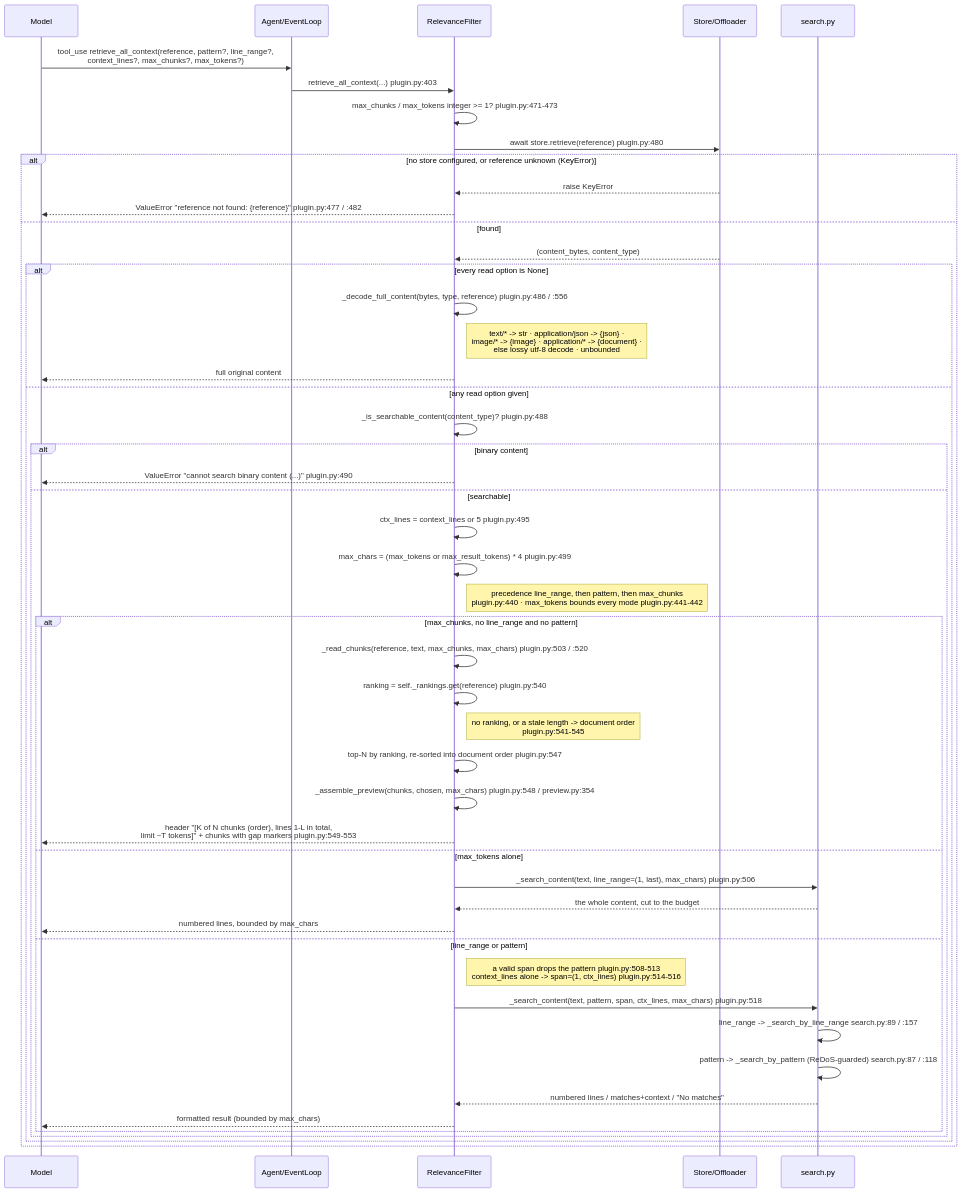
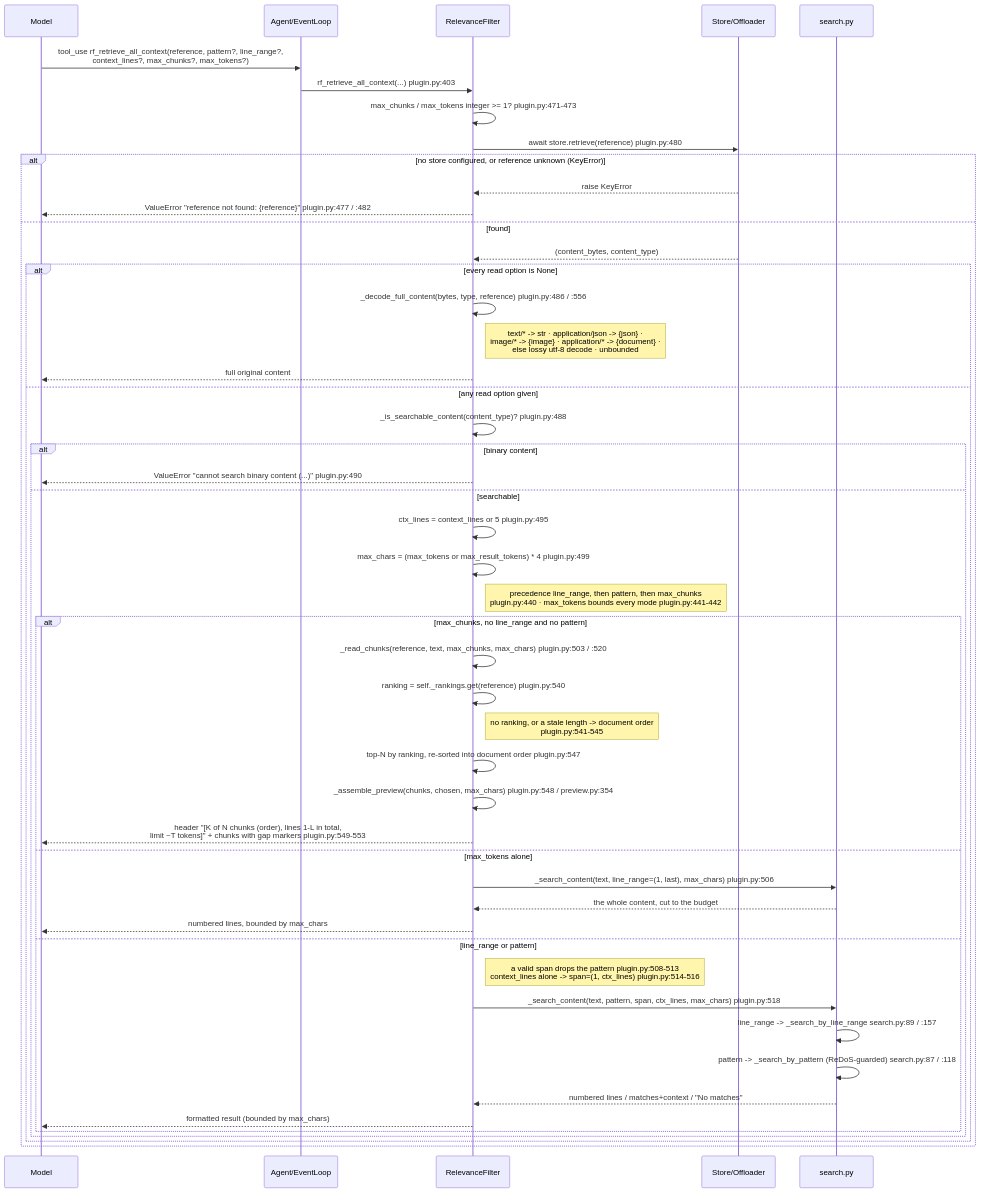
One commit to aws-samples/sample-context-engineering changed the third of 4 diagrams in docs/design/sequence/sequence-a-relevance-filtering.md. Above: the diagram before and after it, drawn with Mermaid. The commit also changed other lines of this file and 124 other files, not shown here.

First line of the commit message:
feat(plugins): prefix every model-facing tool with its plugin's initials

````diff
--- a/docs/design/sequence/sequence-a-relevance-filtering.md
+++ b/docs/design/sequence/sequence-a-relevance-filtering.md
@@ -197,53 +197,53 @@
 ```mermaid
 sequenceDiagram
     participant Model
     participant Agent as Agent/EventLoop
     participant RF as RelevanceFilter
     participant Store as Store/Offloader
     participant Search as search.py
 
-    Model->>Agent: tool_use retrieve_all_context(reference, pattern?, line_range?,<br/>context_lines?, max_chunks?, max_tokens?)
-    Agent->>RF: retrieve_all_context(...)  plugin.py:403
+    Model->>Agent: tool_use rf_retrieve_all_context(reference, pattern?, line_range?,<br/>context_lines?, max_chunks?, max_tokens?)
+    Agent->>RF: rf_retrieve_all_context(...)  plugin.py:403
     RF->>RF: max_chunks / max_tokens integer >= 1?  plugin.py:471-473
     RF->>Store: await store.retrieve(reference)  plugin.py:480
     alt no store configured, or reference unknown (KeyError)
         Store-->>RF: raise KeyError
         RF-->>Model: ValueError "reference not found: {reference}"  plugin.py:477 / :482
     else found
         Store-->>RF: (content_bytes, content_type)
 
         alt every read option is None
             RF->>RF: _decode_full_content(bytes, type, reference)  plugin.py:486 / :556
             Note right of RF: text/* -> str · application/json -> {json} ·<br/>image/* -> {image} · application/* -> {document} ·<br/>else lossy utf-8 decode · unbounded
             RF-->>Model: full original content
         else any read option given
             RF->>RF: _is_searchable_content(content_type)?  plugin.py:488
             alt binary content
                 RF-->>Model: ValueError "cannot search binary content (...)"  plugin.py:490
             else searchable
                 RF->>RF: ctx_lines = context_lines or 5  plugin.py:495
                 RF->>RF: max_chars = (max_tokens or max_result_tokens) * 4  plugin.py:499
                 Note right of RF: precedence line_range, then pattern, then max_chunks<br/>plugin.py:440 · max_tokens bounds every mode  plugin.py:441-442
                 alt max_chunks, no line_range and no pattern
                     RF->>RF: _read_chunks(reference, text, max_chunks, max_chars)  plugin.py:503 / :520
                     RF->>RF: ranking = self._rankings.get(reference)  plugin.py:540
                     Note right of RF: no ranking, or a stale length -> document order<br/>plugin.py:541-545
                     RF->>RF: top-N by ranking, re-sorted into document order  plugin.py:547
                     RF->>RF: _assemble_preview(chunks, chosen, max_chars)  plugin.py:548 / preview.py:354
                     RF-->>Model: header "[K of N chunks (order), lines 1-L in total,<br/>limit ~T tokens]" + chunks with gap markers  plugin.py:549-553
                 else max_tokens alone
                     RF->>Search: _search_content(text, line_range=(1, last), max_chars)  plugin.py:506
                     Search-->>RF: the whole content, cut to the budget
                     RF-->>Model: numbered lines, bounded by max_chars
                 else line_range or pattern
                     Note right of RF: a valid span drops the pattern  plugin.py:508-513<br/>context_lines alone -> span=(1, ctx_lines)  plugin.py:514-516
                     RF->>Search: _search_content(text, pattern, span, ctx_lines, max_chars)  plugin.py:518
                     Search->>Search: line_range -> _search_by_line_range  search.py:89 / :157
                     Search->>Search: pattern -> _search_by_pattern (ReDoS-guarded)  search.py:87 / :118
                     Search-->>RF: numbered lines / matches+context / "No matches"
                     RF-->>Model: formatted result (bounded by max_chars)
                 end
             end
         end
     end
 ```
````
